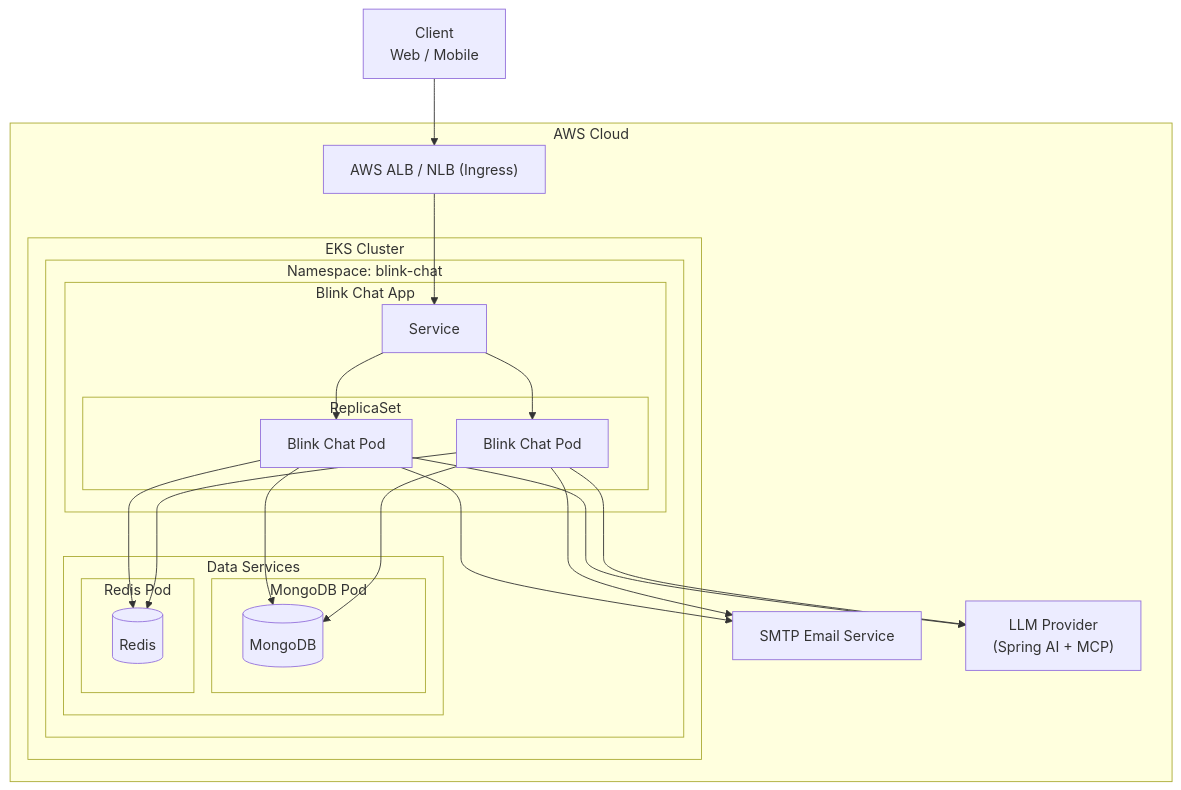
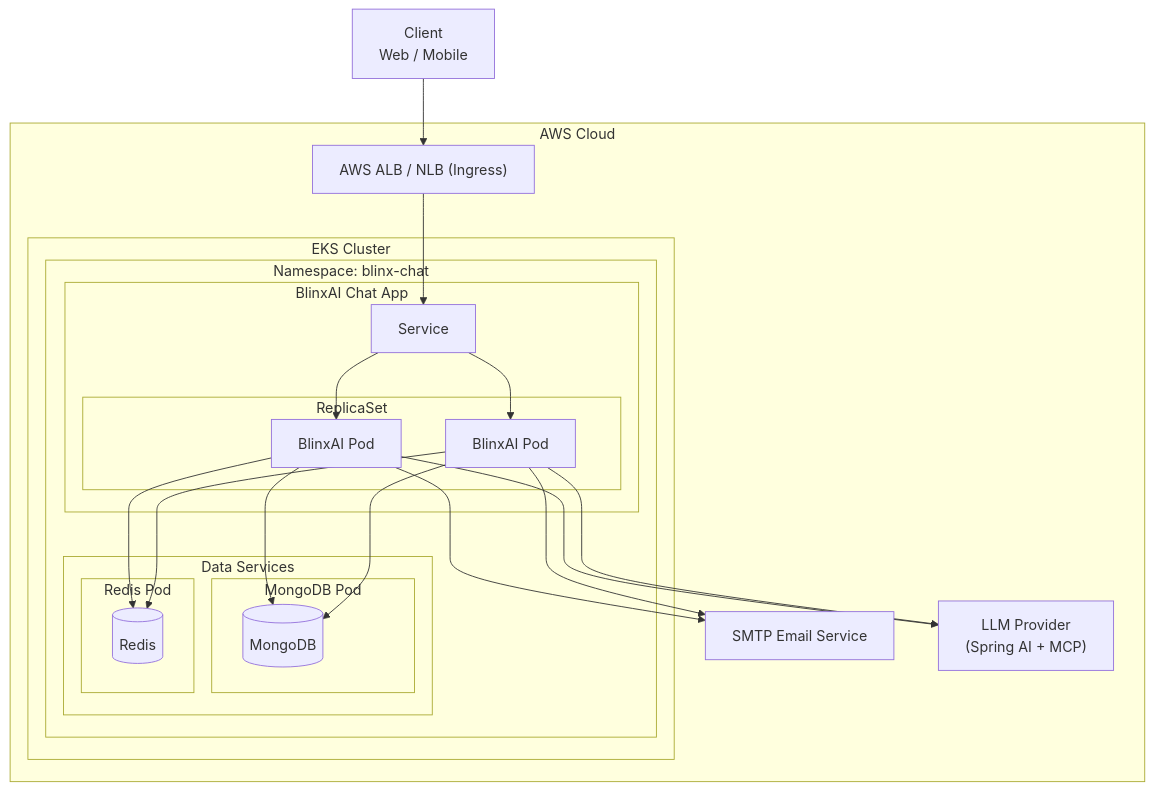
One commit to Raajkr07/blinxAI changed the first of 2 diagrams in README.md. Above: the diagram before and after it, drawn with Mermaid. The commit also changed other lines of this file and 12 other files, not shown here.

````diff
--- a/README.md
+++ b/README.md
@@ -64,58 +64,58 @@
 ```mermaid
 flowchart TB
     Client["Client<br/>Web / Mobile"]
 
     subgraph AWS["AWS Cloud"]
         ALB["AWS ALB / NLB (Ingress)"]
 
         subgraph EKS["EKS Cluster"]
-            subgraph NS["Namespace: blink-chat"]
+            subgraph NS["Namespace: blinx-chat"]
 
                 %% Application Layer
-                subgraph APP["Blink Chat App"]
+                subgraph APP["BlinxAI Chat App"]
                     SVC["Service"]
 
                     subgraph RS["ReplicaSet"]
-                        POD1["Blink Chat Pod"]
-                        POD2["Blink Chat Pod"]
+                        POD1["BlinxAI Pod"]
+                        POD2["BlinxAI Pod"]
                     end
                 end
 
                 %% Data Layer
                 subgraph DATA["Data Services"]
 
                     subgraph MongoRS["MongoDB Pod"]
                         Mongo[(MongoDB)]
                     end
 
                     subgraph RedisRS["Redis Pod"]
                         Redis[(Redis)]
                     end
                 end
             end
         end
 
         SMTP["SMTP Email Service"]
         AI["LLM Provider<br/>(Spring AI + MCP)"]
     end
 
     %% Ingress Flow
     Client --> ALB
     ALB --> SVC
     SVC --> POD1
     SVC --> POD2
 
     %% Internal Service Communication
     POD1 --> Mongo
     POD1 --> Redis
 
     POD2 --> Mongo
     POD2 --> Redis
 
     %% External Integrations
     POD1 --> SMTP
     POD1 --> AI
 
     POD2 --> SMTP
     POD2 --> AI
 ```
````
